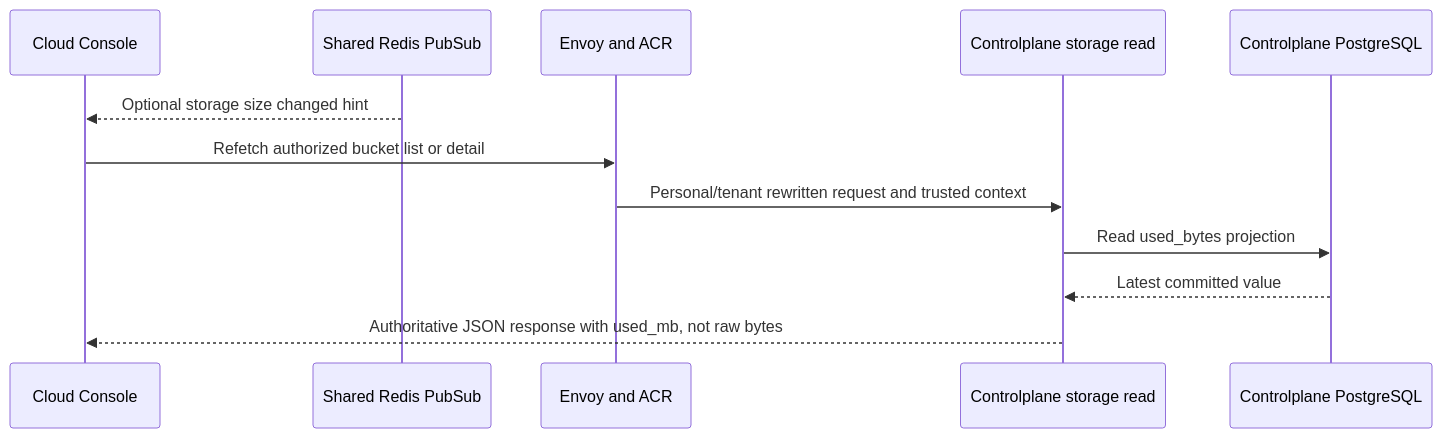
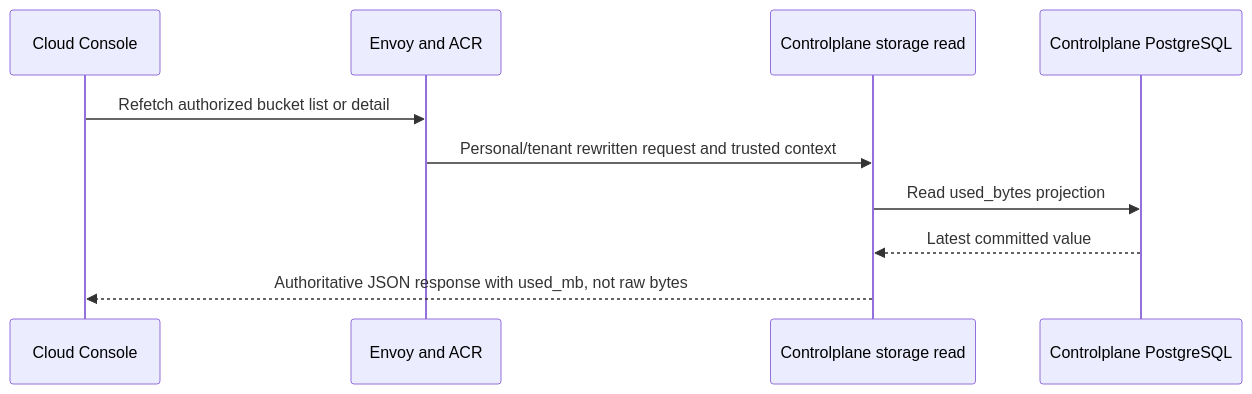
Before and after one commit to phucle996/aurora: the third of 3 diagrams in god_view/storage/storage_bucket_usage_projection_god_view_workflow.md, drawn with Mermaid. The commit also changed other lines of this file and 94 other files, not shown here.

````diff
--- a/god_view/storage/storage_bucket_usage_projection_god_view_workflow.md
+++ b/god_view/storage/storage_bucket_usage_projection_god_view_workflow.md
@@ -138,15 +145,13 @@
 ```mermaid
 sequenceDiagram
     participant U as Cloud Console
-    participant R as Shared Redis PubSub
     participant E as Envoy and ACR
     participant CP as Controlplane storage read
     participant PG as Controlplane PostgreSQL
 
-    R-->>U: Optional storage size changed hint
     U->>E: Refetch authorized bucket list or detail
     E->>CP: Personal/tenant rewritten request and trusted context
     CP->>PG: Read used_bytes projection
     PG-->>CP: Latest committed value
     CP-->>U: Authoritative JSON response with used_mb, not raw bytes
 ```
````
